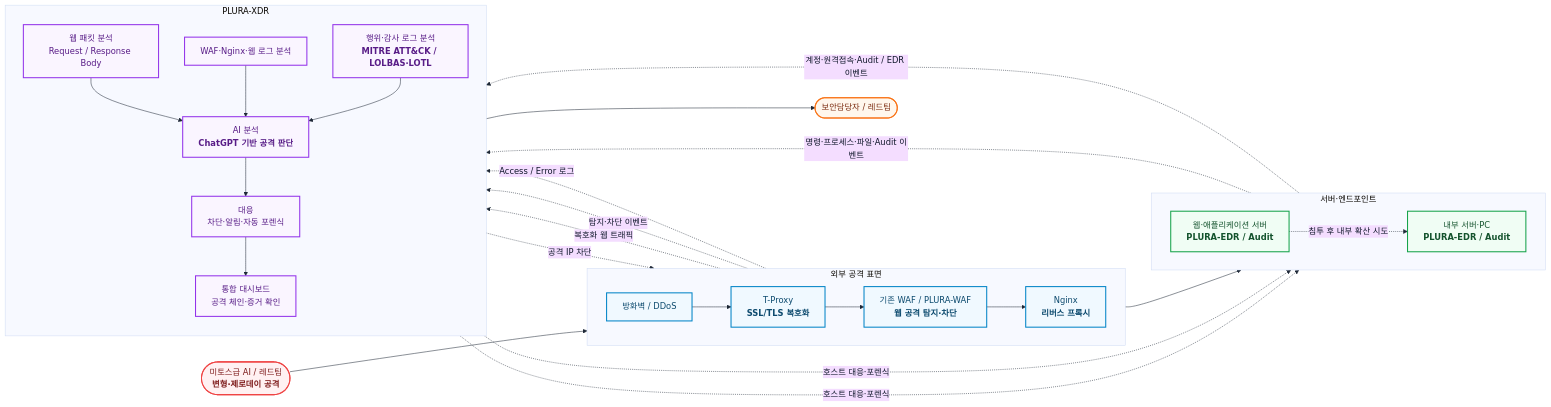
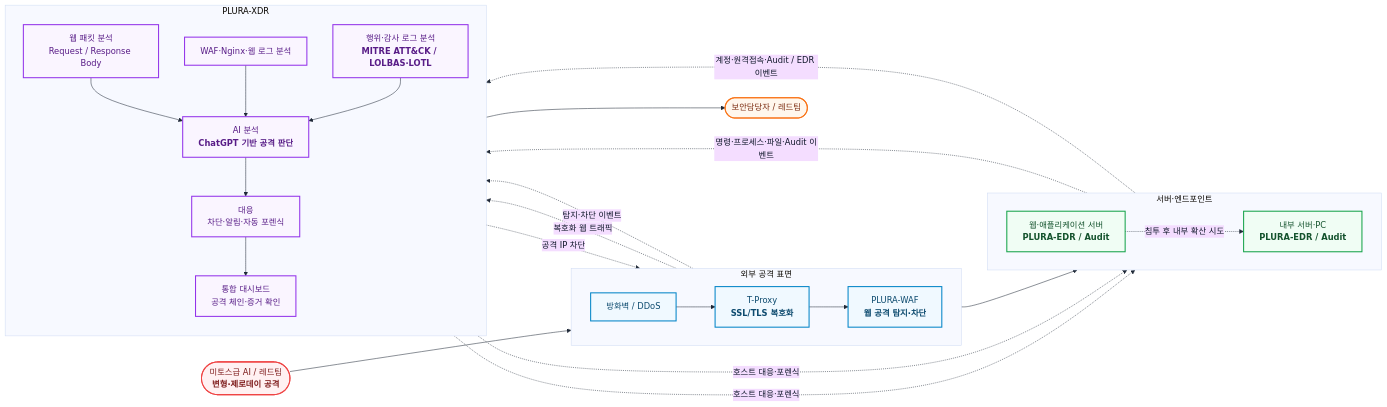
The first of 5 diagrams in ko/proposal/lg/poc-full.md (qubitsec/plura), drawn with Mermaid before and after one commit.

````diff
--- a/ko/proposal/lg/poc-full.md
+++ b/ko/proposal/lg/poc-full.md
@@ -24,70 +24,68 @@
 ```mermaid
 %%{init: {
   "theme": "base",
   "themeVariables": {
     "fontFamily": "Pretendard, Noto Sans KR, Arial",
     "background": "#ffffff",
     "primaryTextColor": "#0f172a",
     "lineColor": "#1f2937"
   }
 }}%%
 flowchart LR
 
     ATTACKER(["미토스급 AI / 레드팀<br/><b>변형·제로데이 공격</b>"])
 
     subgraph EDGE["외부 공격 표면"]
         direction LR
         FW["방화벽 / DDoS"]
         TP["T-Proxy<br/><b>SSL/TLS 복호화</b>"]
-        WAF["기존 WAF / PLURA-WAF<br/><b>웹 공격 탐지·차단</b>"]
-        NGINX["Nginx<br/><b>리버스 프록시</b>"]
+        WAF["PLURA-WAF<br/><b>웹 공격 탐지·차단</b>"]
     end
 
     subgraph HOST["서버·엔드포인트"]
         direction LR
         WEB["웹·애플리케이션 서버<br/><b>PLURA-EDR / Audit</b>"]
         INTERNAL["내부 서버·PC<br/><b>PLURA-EDR / Audit</b>"]
     end
 
     subgraph XDR["PLURA-XDR"]
         direction TB
         PACKET["웹 패킷 분석<br/>Request / Response Body"]
         EVENT["WAF·Nginx·웹 로그 분석"]
         MITRE["행위·감사 로그 분석<br/><b>MITRE ATT&CK / LOLBAS·LOTL</b>"]
         AI["AI 분석<br/><b>ChatGPT 기반 공격 판단</b>"]
         RESPONSE["대응<br/>차단·알림·자동 포렌식"]
         DASH["통합 대시보드<br/>공격 체인·증거 확인"]
     end
 
     SOC(["보안담당자 / 레드팀"])
 
-    ATTACKER --> FW --> TP --> WAF --> NGINX --> WEB
+    ATTACKER --> FW --> TP --> WAF --> WEB
     WEB -. "침투 후 내부 확산 시도" .-> INTERNAL
 
     TP -. "복호화 웹 트래픽" .-> PACKET
     WAF -. "탐지·차단 이벤트" .-> EVENT
-    NGINX -. "Access / Error 로그" .-> EVENT
     WEB -. "명령·프로세스·파일·Audit 이벤트" .-> MITRE
     INTERNAL -. "계정·원격접속·Audit / EDR 이벤트" .-> MITRE
 
     PACKET --> AI
     EVENT --> AI
     MITRE --> AI
     AI --> RESPONSE --> DASH --> SOC
 
     RESPONSE -. "공격 IP 차단" .-> WAF
     RESPONSE -. "호스트 대응·포렌식" .-> WEB
     RESPONSE -. "호스트 대응·포렌식" .-> INTERNAL
 
     classDef attack fill:#fff1f2,stroke:#ef4444,stroke-width:2px,color:#7f1d1d;
     classDef edge fill:#f0f9ff,stroke:#0284c7,stroke-width:2px,color:#0c4a6e;
     classDef host fill:#f0fdf4,stroke:#16a34a,stroke-width:2px,color:#14532d;
     classDef xdr fill:#faf5ff,stroke:#9333ea,stroke-width:2px,color:#581c87;
     classDef soc fill:#fff7ed,stroke:#f97316,stroke-width:2px,color:#7c2d12;
 
     class ATTACKER attack;
-    class FW,TP,WAF,NGINX edge;
+    class FW,TP,WAF edge;
     class WEB,INTERNAL host;
     class PACKET,EVENT,MITRE,AI,RESPONSE,DASH xdr;
     class SOC soc;
 ```
````
